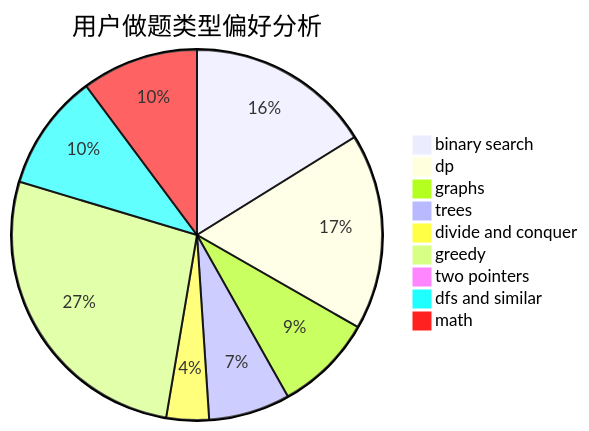
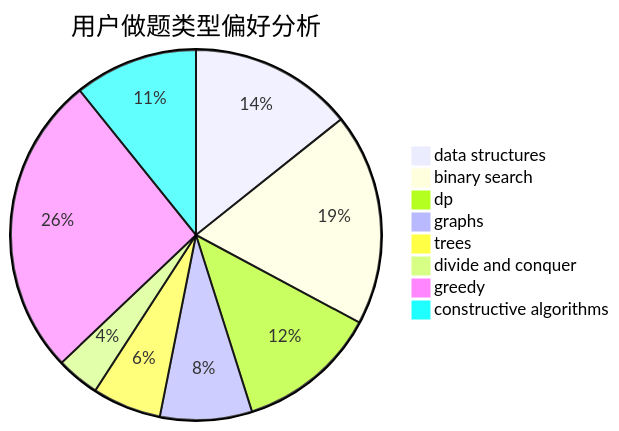
The second of 3 diagrams in docs/user/u1526.md (sherpahu/cfrs.github.io), drawn with Mermaid before and after one commit. The commit also changed other lines of this file and 2775 other files, not shown here.

````diff
--- a/docs/user/u1526.md
+++ b/docs/user/u1526.md
@@ -23,12 +23,11 @@
 ```mermaid
 pie title 用户做题类型偏好分析
-    "binary search" :  100
-    "dp" :  106
-    "graphs" :  53
-    "trees" :  44
-    "divide and conquer" :  23
-    "greedy" :  167
-    "two pointers" :  4
-    "dfs and similar" :  63
-    "math" :  63
+    "data structures" :  57
+    "binary search" :  74
+    "dp" :  49
+    "graphs" :  32
+    "trees" :  24
+    "divide and conquer" :  15
+    "greedy" :  105
+    "constructive algorithms" :  43
 ```
````
